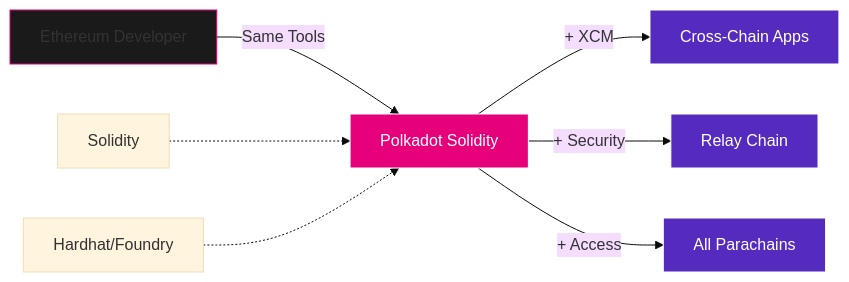
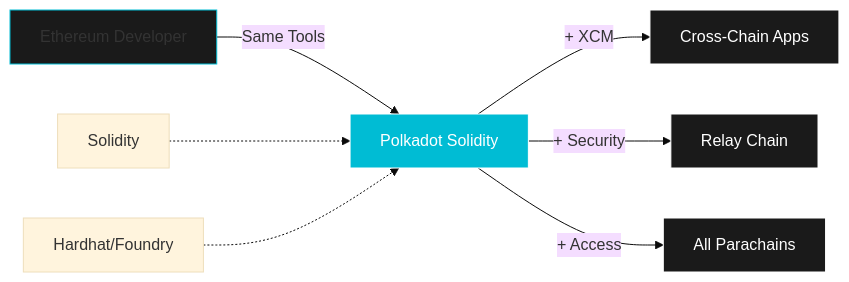
One commit to openguild-labs/polkadot-codecamp changed the first of 4 diagrams in slides/introduction-to-polkadot-solidity.md. Above: the diagram before and after it, drawn with Mermaid (base theme). The commit also changed other lines of this file and 6 other files, not shown here.

````diff
--- a/slides/introduction-to-polkadot-solidity.md
+++ b/slides/introduction-to-polkadot-solidity.md
@@ -67,16 +67,16 @@
 ```mermaid
 graph LR
     ETH[Ethereum Developer] -->|Same Tools| HUB[Polkadot Solidity]
     HUB -->|+ XCM| CROSS[Cross-Chain Apps]
     HUB -->|+ Security| RELAY[Relay Chain]
     HUB -->|+ Access| PARA[All Parachains]
 
     SOL[Solidity]-.->HUB
     TOOLS[Hardhat/Foundry]-.->HUB
 
-    style ETH fill:#1a1a1a,stroke:#E6007A
-    style HUB fill:#E6007A,stroke:#fff,color:#fff
-    style CROSS fill:#552BBF,stroke:#fff,color:#fff
-    style RELAY fill:#552BBF,stroke:#fff,color:#fff
-    style PARA fill:#552BBF,stroke:#fff,color:#fff
+    style ETH fill:#1a1a1a,stroke:#00BCD4
+    style HUB fill:#00BCD4,stroke:#fff,color:#fff
+    style CROSS fill:#1a1a1a,stroke:#fff,color:#fff
+    style RELAY fill:#1a1a1a,stroke:#fff,color:#fff
+    style PARA fill:#1a1a1a,stroke:#fff,color:#fff
 ```
````
